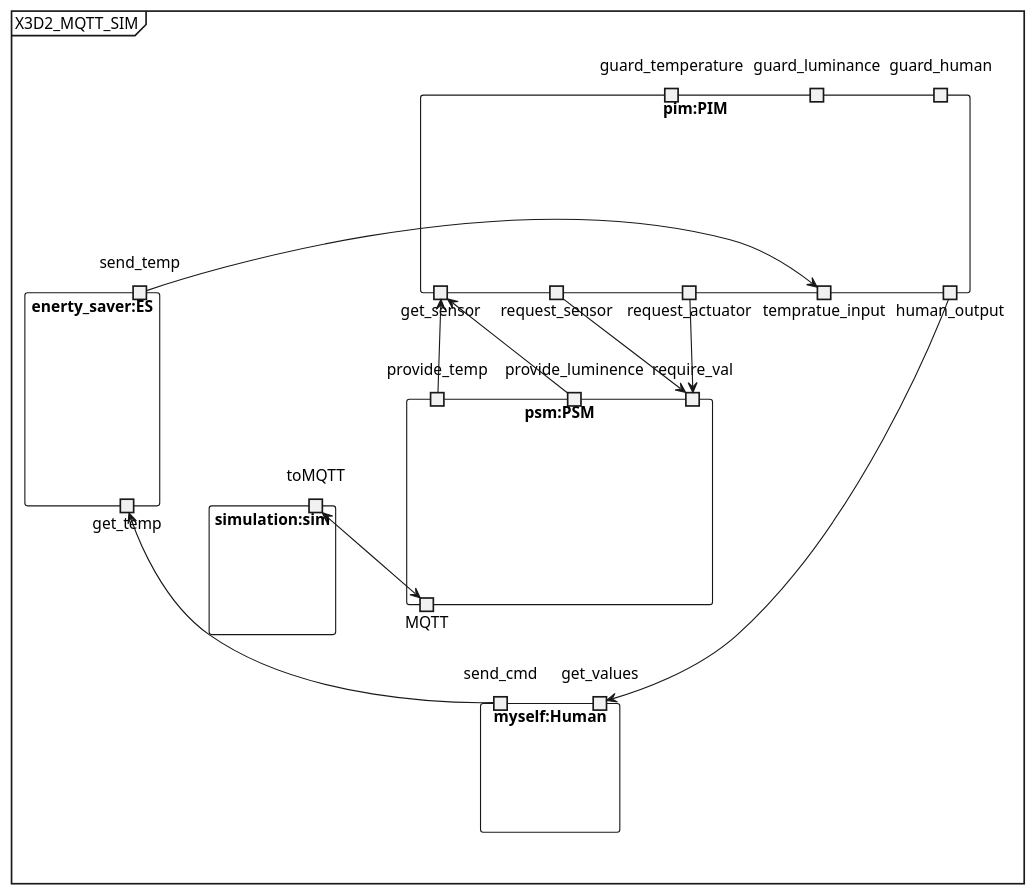
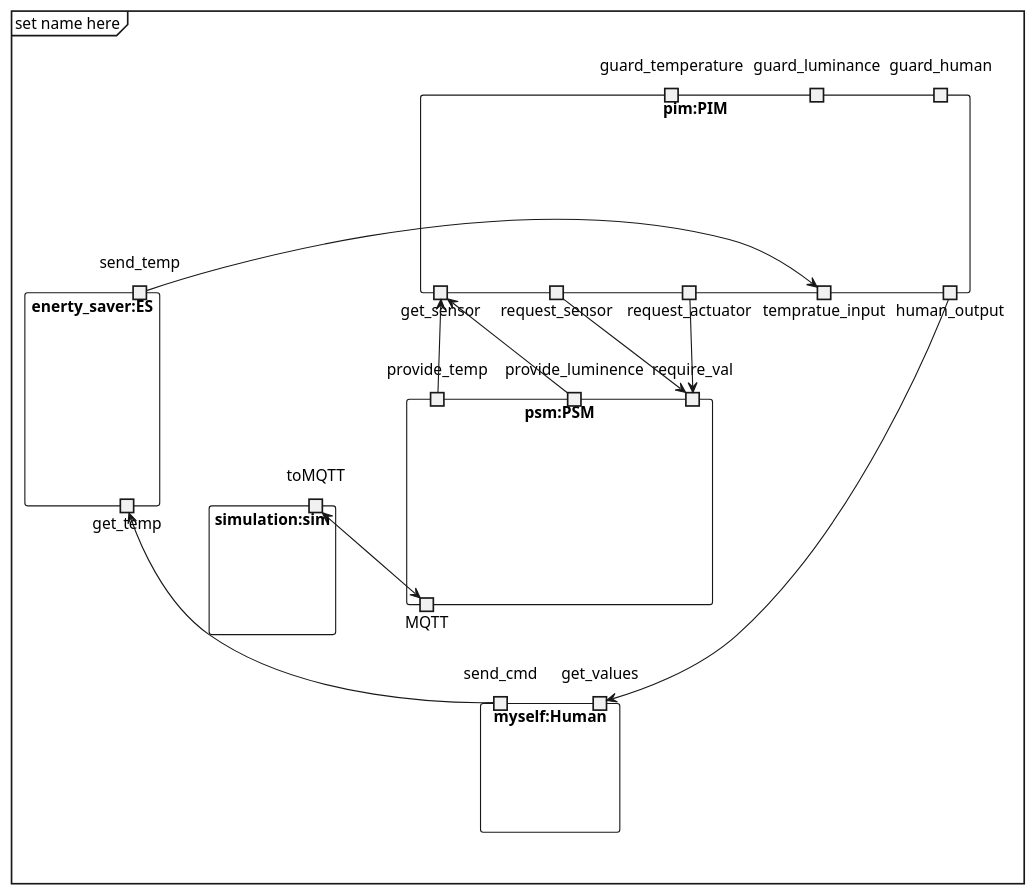
Before and after one commit to Tobhal/HIOF-Models-and-Digital-Twins: the diagram in Oblig1/architecture.plantuml, drawn with PlantUML. The commit also changed 2 other files, not shown here.

Commit message:
Change name to a temp name

```diff
--- a/Oblig1/architecture.plantuml
+++ b/Oblig1/architecture.plantuml
@@ -1,58 +1,58 @@
 @startuml X3D2_MQTT_SIM
-mainframe X3D2_MQTT_SIM
+mainframe set name here
 
 'HUMAN
 rectangle myself:Human {
     port send_cmd
     
     portin get_values
 }
 
 'PIM
 rectangle pim:PIM {
     portout get_sensor
     portout request_sensor
     portout request_actuator
     portout tempratue_input
     portout human_output
 
     'guards
     port guard_temperature
     port guard_luminance
     port guard_human
 }
 
 'PSM
 rectangle psm:PSM {
     portin provide_temp
     portin provide_luminence
     portin require_val
     portin require_val
 
     portout MQTT
 }
 
 'SIM
 rectangle simulation:sim {
     port toMQTT
 }
 
 'energy saver
 rectangle enerty_saver:ES {
     portin send_temp
 
     portout get_temp
 }
  
 provide_temp --> get_sensor
 provide_luminence --> get_sensor
 
 send_cmd --> get_temp
 send_temp -> tempratue_input
  
 request_sensor --> require_val
 request_actuator --> require_val
 human_output -----> get_values
  
 toMQTT <--> MQTT
 @enduml
```
